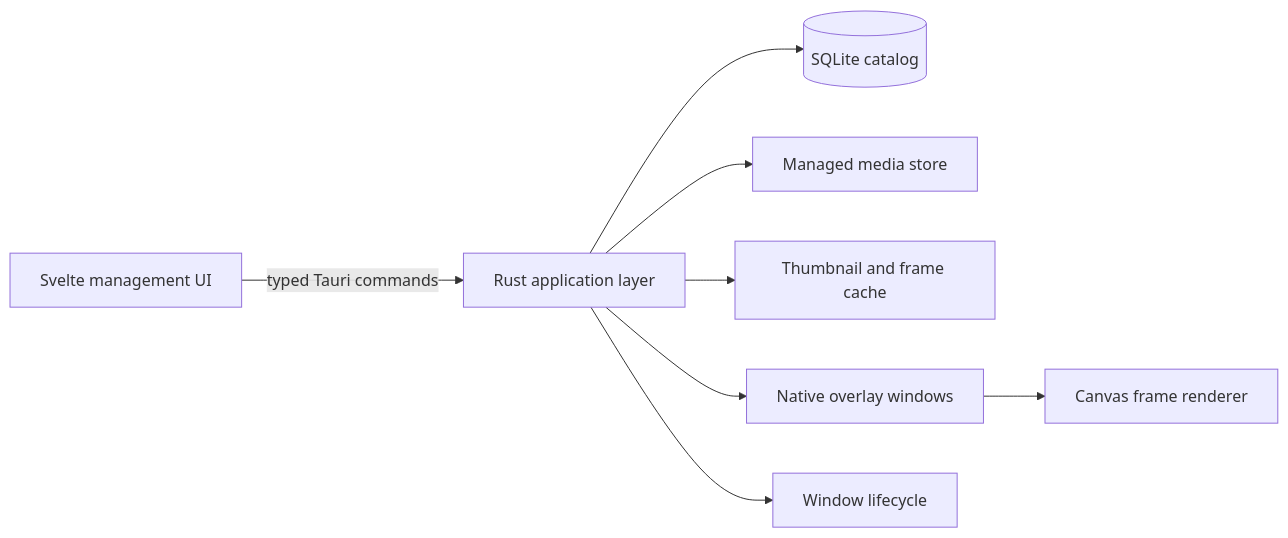
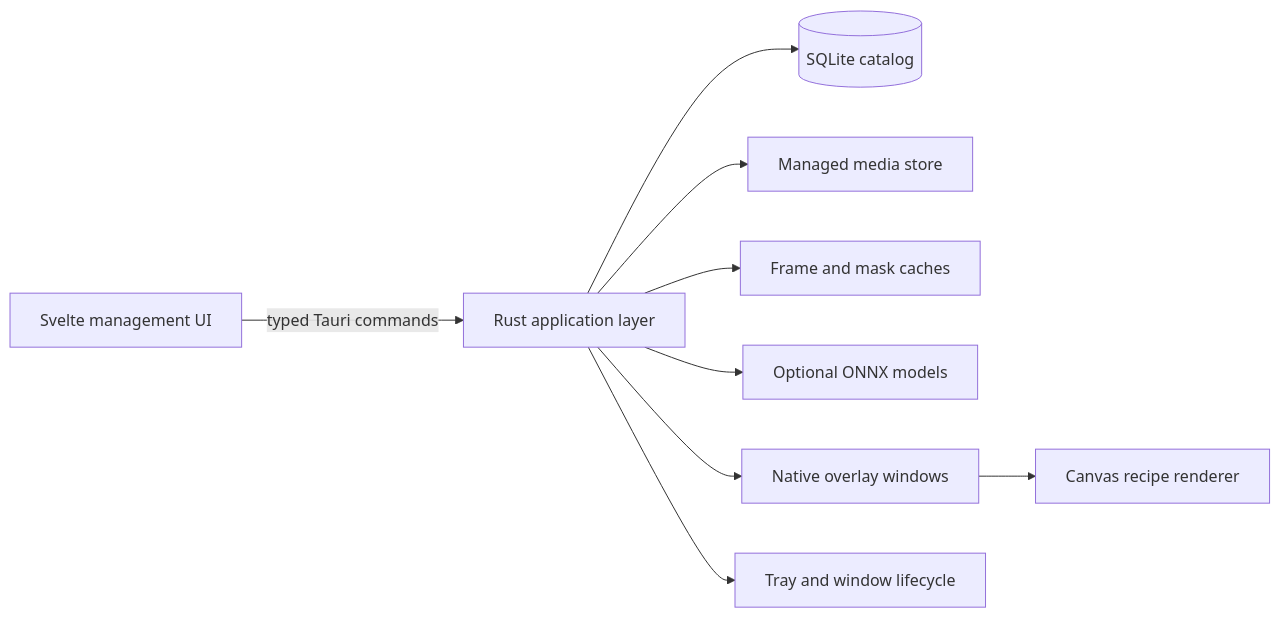
The diagram in architecture.md (bayurifkialghifari/lumadesk), drawn with Mermaid before and after one commit. The commit also changed other lines of this file and 13 other files, not shown here.

````diff
--- a/architecture.md
+++ b/architecture.md
@@ -7,10 +7,11 @@
 ```mermaid
 flowchart LR
   UI[Svelte management UI] -->|typed Tauri commands| APP[Rust application layer]
   APP --> DB[(SQLite catalog)]
   APP --> MEDIA[Managed media store]
-  APP --> CACHE[Thumbnail and frame cache]
+  APP --> CACHE[Frame and mask caches]
+  APP --> AI[Optional ONNX models]
   APP --> WINDOWS[Native overlay windows]
-  WINDOWS --> RENDER[Canvas frame renderer]
-  APP --> LIFECYCLE[Window lifecycle]
+  WINDOWS --> RENDER[Canvas recipe renderer]
+  APP --> LIFECYCLE[Tray and window lifecycle]
 ```
````
